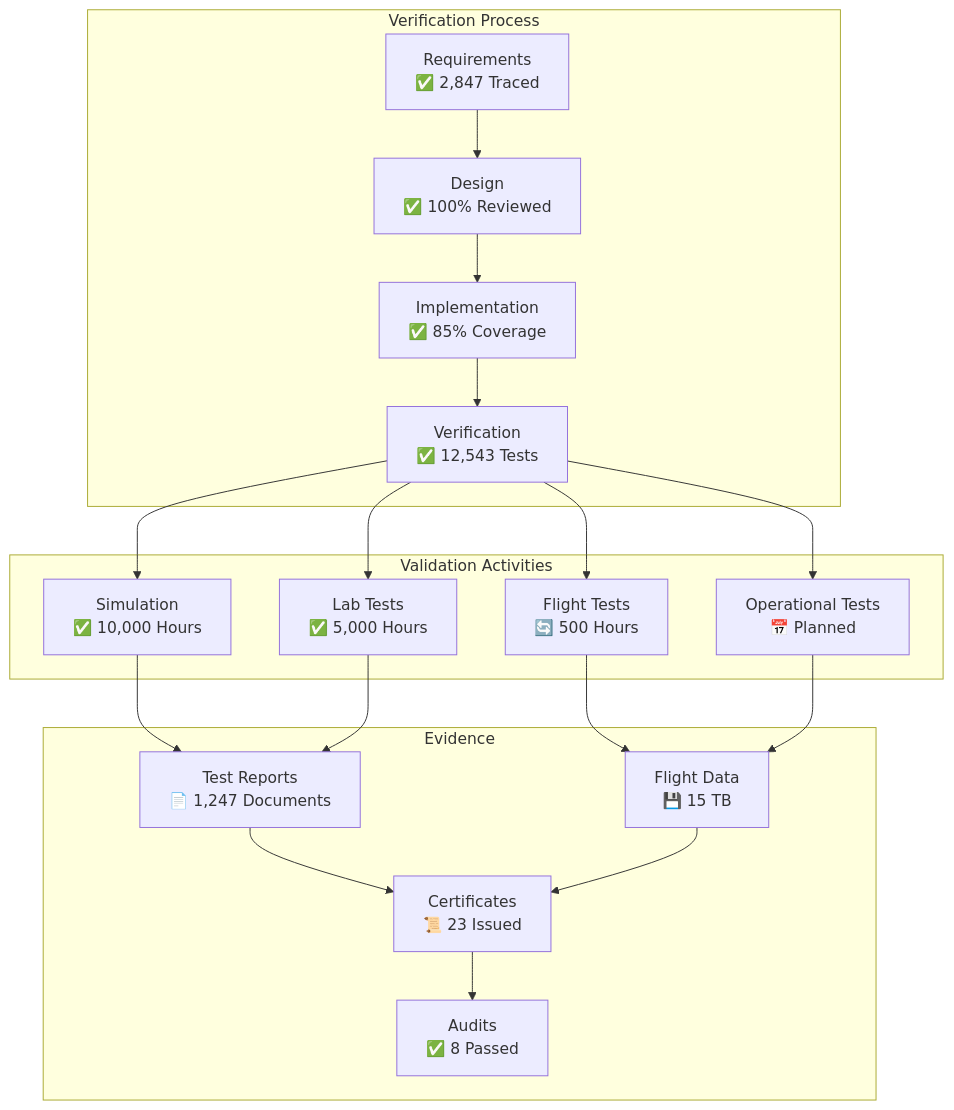
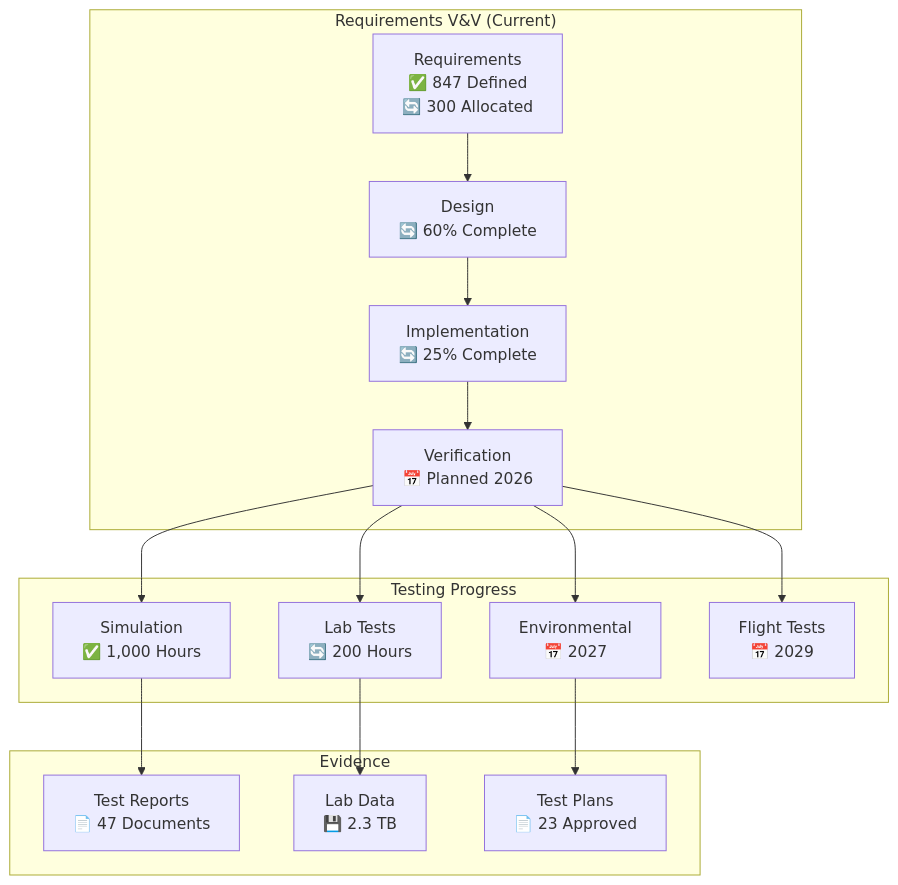
Before and after one commit to Robbbo-T/A-Q-U-A_V: diagram 13 of 33 in PRODUCT_LINES/QUANTUM/QUANTUM_SOFTWARE/DESIGN/QNS_NAVIGATION/DES_SOFTWARE_DEV/QUA-QNS01-25SVD0001-DES-BOB-ORG-TD-ATA-000-00-01-TPL-DOC-001-QCOM-v1.1.0 .md, drawn with Mermaid. The commit also changed other lines of this file, not shown here.

Commit message:
Update QUA-QNS01-25SVD0001-DES-BOB-ORG-TD-ATA-000-00-01-TPL-DOC-001-QCOM-v1.1.0 .md

````diff
--- a/PRODUCT_LINES/QUANTUM/QUANTUM_SOFTWARE/DESIGN/QNS_NAVIGATION/DES_SOFTWARE_DEV/QUA-QNS01-25SVD0001-DES-BOB-ORG-TD-ATA-000-00-01-TPL-DOC-001-QCOM-v1.1.0 .md
+++ b/PRODUCT_LINES/QUANTUM/QUANTUM_SOFTWARE/DESIGN/QNS_NAVIGATION/DES_SOFTWARE_DEV/QUA-QNS01-25SVD0001-DES-BOB-ORG-TD-ATA-000-00-01-TPL-DOC-001-QCOM-v1.1.0 .md
@@ -743,41 +491,35 @@
 ```mermaid
 graph TD
-    subgraph "Verification Process"
-        REQ[Requirements<br/>✅ 2,847 Traced]
-        DES[Design<br/>✅ 100% Reviewed]
-        IMP[Implementation<br/>✅ 85% Coverage]
-        VER[Verification<br/>✅ 12,543 Tests]
+    subgraph "Requirements V&V (Current)"
+        REQ[Requirements<br/>✅ 847 Defined<br/>🔄 300 Allocated]
+        DES[Design<br/>🔄 60% Complete]
+        IMP[Implementation<br/>🔄 25% Complete]
+        VER[Verification<br/>📅 Planned 2026]
     end
     
-    subgraph "Validation Activities"
-        SIM[Simulation<br/>✅ 10,000 Hours]
-        LAB[Lab Tests<br/>✅ 5,000 Hours]
-        FLT[Flight Tests<br/>🔄 500 Hours]
-        OPS[Operational Tests<br/>📅 Planned]
+    subgraph "Testing Progress"
+        SIM[Simulation<br/>✅ 1,000 Hours]
+        LAB[Lab Tests<br/>🔄 200 Hours]
+        ENV[Environmental<br/>📅 2027]
+        FLT[Flight Tests<br/>📅 2029]
     end
     
     subgraph "Evidence"
-        REP[Test Reports<br/>📄 1,247 Documents]
-        DAT[Flight Data<br/>💾 15 TB]
-        CER[Certificates<br/>📜 23 Issued]
-        AUD[Audits<br/>✅ 8 Passed]
+        REP[Test Reports<br/>📄 47 Documents]
+        DAT[Lab Data<br/>💾 2.3 TB]
+        PLAN[Test Plans<br/>📄 23 Approved]
     end
     
     REQ --> DES
     DES --> IMP
     IMP --> VER
     
     VER --> SIM
     VER --> LAB
+    VER --> ENV
     VER --> FLT
-    VER --> OPS
     
     SIM --> REP
-    LAB --> REP
-    FLT --> DAT
-    OPS --> DAT
-    
-    REP --> CER
-    DAT --> CER
-    CER --> AUD
+    LAB --> DAT
+    ENV --> PLAN
 ```
````
